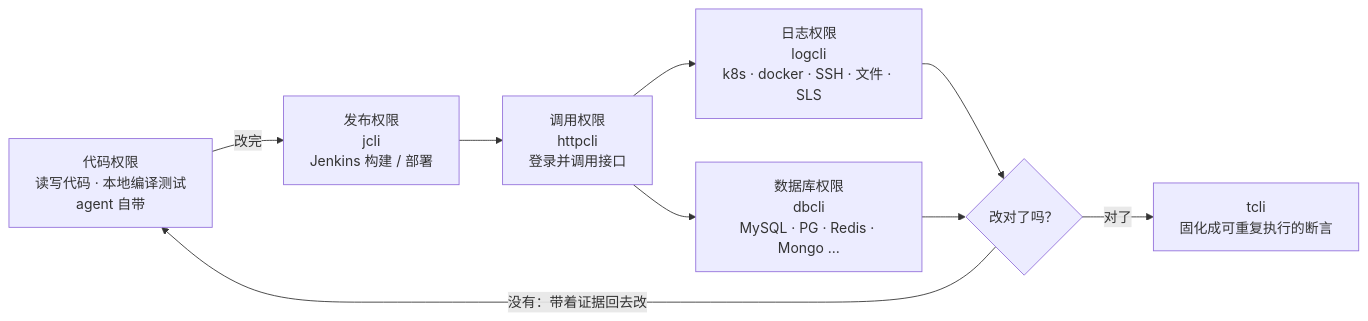
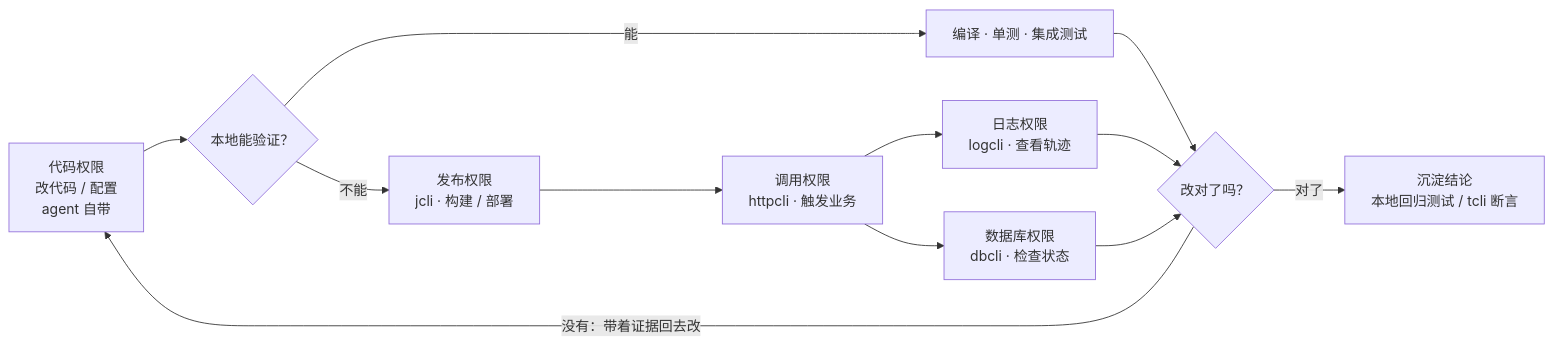
The diagram in README.md (no-today/aidev-clis), drawn with Mermaid before and after one commit. The commit also changed other lines of this file, not shown here.

Commit message:
docs(readme): one loop diagram; regroup into CLIs / usage / credentials

````diff
--- a/README.md
+++ b/README.md
@@ -9,16 +7,14 @@
 ```mermaid
 flowchart LR
-  Code["代码权限<br/>读写代码 · 本地编译测试<br/>agent 自带"]
-  Release["发布权限<br/>jcli<br/>Jenkins 构建 / 部署"]
-  Call["调用权限<br/>httpcli<br/>登录并调用接口"]
-  Log["日志权限<br/>logcli<br/>k8s · docker · SSH · 文件 · SLS"]
-  DB["数据库权限<br/>dbcli<br/>MySQL · PG · Redis · Mongo …"]
-  Verdict{"改对了吗？"}
-  Keep["tcli<br/>固化成可重复执行的断言"]
-
-  Code -->|改完| Release --> Call
-  Call --> Log --> Verdict
-  Call --> DB --> Verdict
+  Code["代码权限<br/>改代码 / 配置<br/>agent 自带"] --> Local{"本地能验证？"}
+  Local -->|能| Fast["编译 · 单测 · 集成测试"]
+  Local -->|不能| Release["发布权限<br/>jcli · 构建 / 部署"]
+  Release --> Call["调用权限<br/>httpcli · 触发业务"]
+  Call --> Log["日志权限<br/>logcli · 查看轨迹"]
+  Call --> DB["数据库权限<br/>dbcli · 检查状态"]
+  Fast --> Verdict{"改对了吗？"}
+  Log --> Verdict
+  DB --> Verdict
   Verdict -->|没有：带着证据回去改| Code
-  Verdict -->|对了| Keep
+  Verdict -->|对了| Keep["沉淀结论<br/>本地回归测试 / tcli 断言"]
 ```
````
